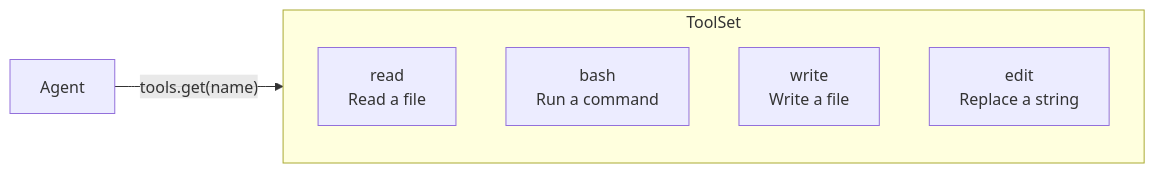
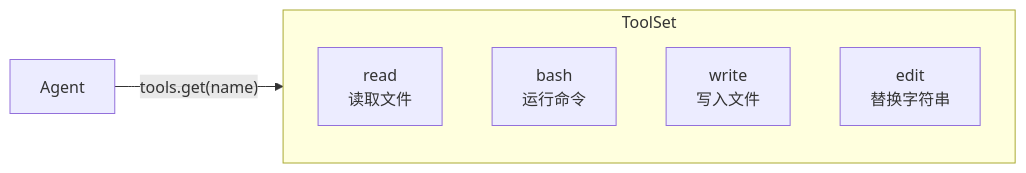
The first of 2 diagrams in mini-claw-code-book/zh/ch04-more-tools.md (odysa/mini-code), drawn with Mermaid before and after one commit. The commit also changed other lines of this file and 16 other files, not shown here.

````diff
--- a/mini-claw-code-book/zh/ch04-more-tools.md
+++ b/mini-claw-code-book/zh/ch04-more-tools.md
@@ -11,10 +7,10 @@
 ```mermaid
 flowchart LR
     subgraph ToolSet
-        R["read<br/>Read a file"]
-        B["bash<br/>Run a command"]
-        W["write<br/>Write a file"]
-        E["edit<br/>Replace a string"]
+        R["read<br/>读取文件"]
+        B["bash<br/>运行命令"]
+        W["write<br/>写入文件"]
+        E["edit<br/>替换字符串"]
     end
     Agent -- "tools.get(name)" --> ToolSet
 ```
````
